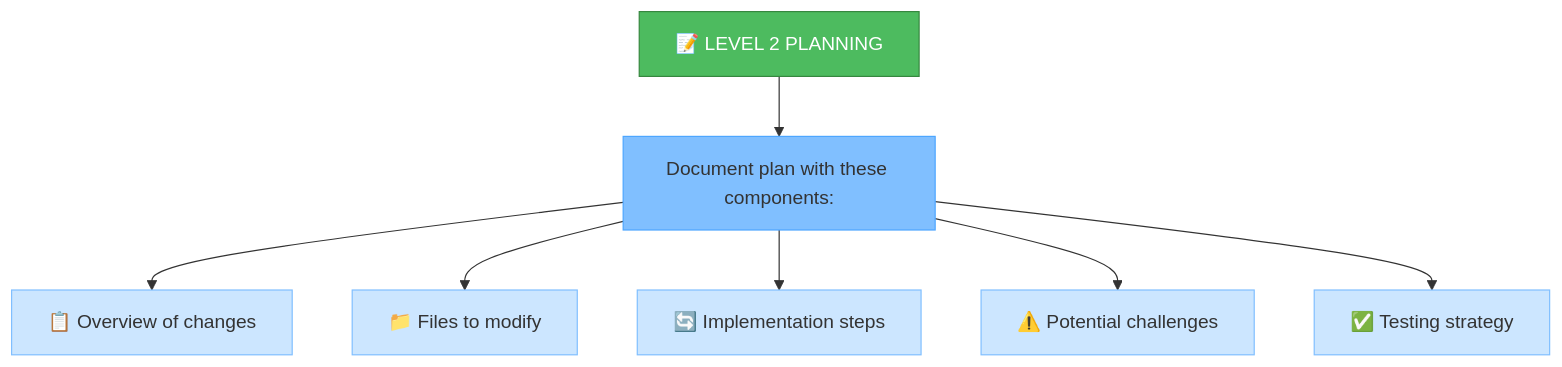
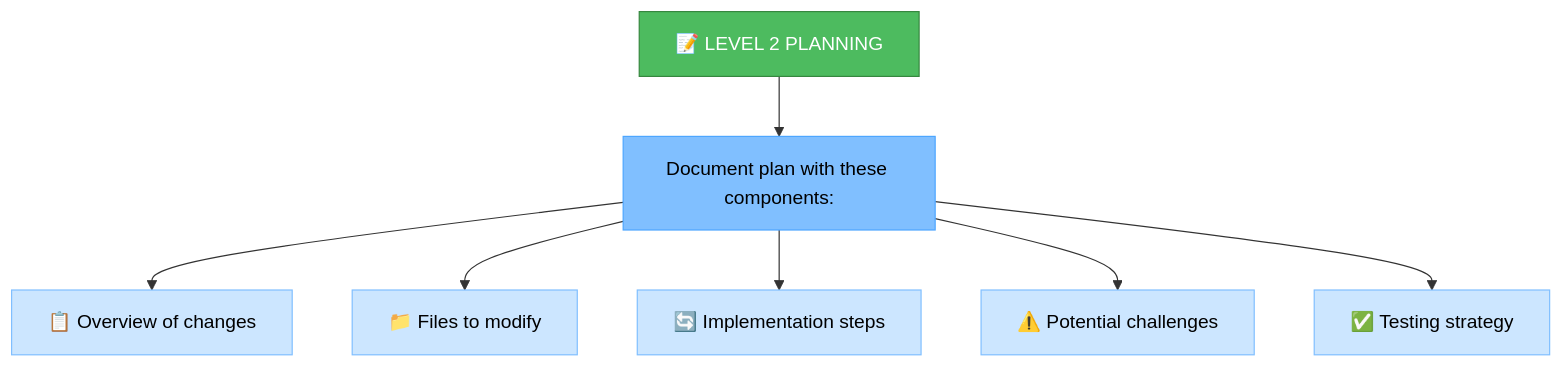
Before and after one commit to ms-moar/cursor-tools: the second of 5 diagrams in custom_modes/plan_instructions.md, drawn with Mermaid. The commit also changed other lines of this file and 41 other files, not shown here.

````diff
--- a/custom_modes/plan_instructions.md
+++ b/custom_modes/plan_instructions.md
@@ -337,17 +138,17 @@
 ```mermaid
 graph TD
     L2["📝 LEVEL 2 PLANNING"] --> Doc["Document plan with these components:"]
     Doc --> OV["📋 Overview of changes"]
     Doc --> FM["📁 Files to modify"]
     Doc --> IS["🔄 Implementation steps"]
     Doc --> PC["⚠️ Potential challenges"]
     Doc --> TS["✅ Testing strategy"]
     
     style L2 fill:#4dbb5f,stroke:#36873f,color:white
-    style Doc fill:#80bfff,stroke:#4da6ff
-    style OV fill:#cce6ff,stroke:#80bfff
-    style FM fill:#cce6ff,stroke:#80bfff
-    style IS fill:#cce6ff,stroke:#80bfff
-    style PC fill:#cce6ff,stroke:#80bfff
-    style TS fill:#cce6ff,stroke:#80bfff
+    style Doc fill:#80bfff,stroke:#4da6ff,color:black
+    style OV fill:#cce6ff,stroke:#80bfff,color:black
+    style FM fill:#cce6ff,stroke:#80bfff,color:black
+    style IS fill:#cce6ff,stroke:#80bfff,color:black
+    style PC fill:#cce6ff,stroke:#80bfff,color:black
+    style TS fill:#cce6ff,stroke:#80bfff,color:black
 ```
````
